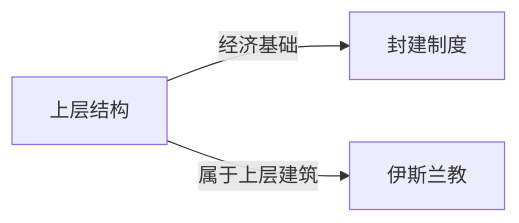
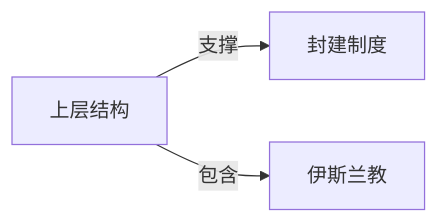
One commit to KIMMCHOW/MyKnowledge changed the diagram in Knowledge/Concepts/哲学/上层结构.md. Above: the diagram before and after it, drawn with Mermaid. The commit also changed 95 other files, not shown here.

Commit message:
reorganize: 统一关系图边标签为11类

````diff
--- a/Knowledge/Concepts/哲学/上层结构.md
+++ b/Knowledge/Concepts/哲学/上层结构.md
@@ -41,5 +41,5 @@
 ```mermaid
 graph LR
-上层结构 -->|经济基础| 封建制度
-上层结构 -->|属于上层建筑| 伊斯兰教
+上层结构 -->|支撑| 封建制度
+上层结构 -->|包含| 伊斯兰教
 ```
````
